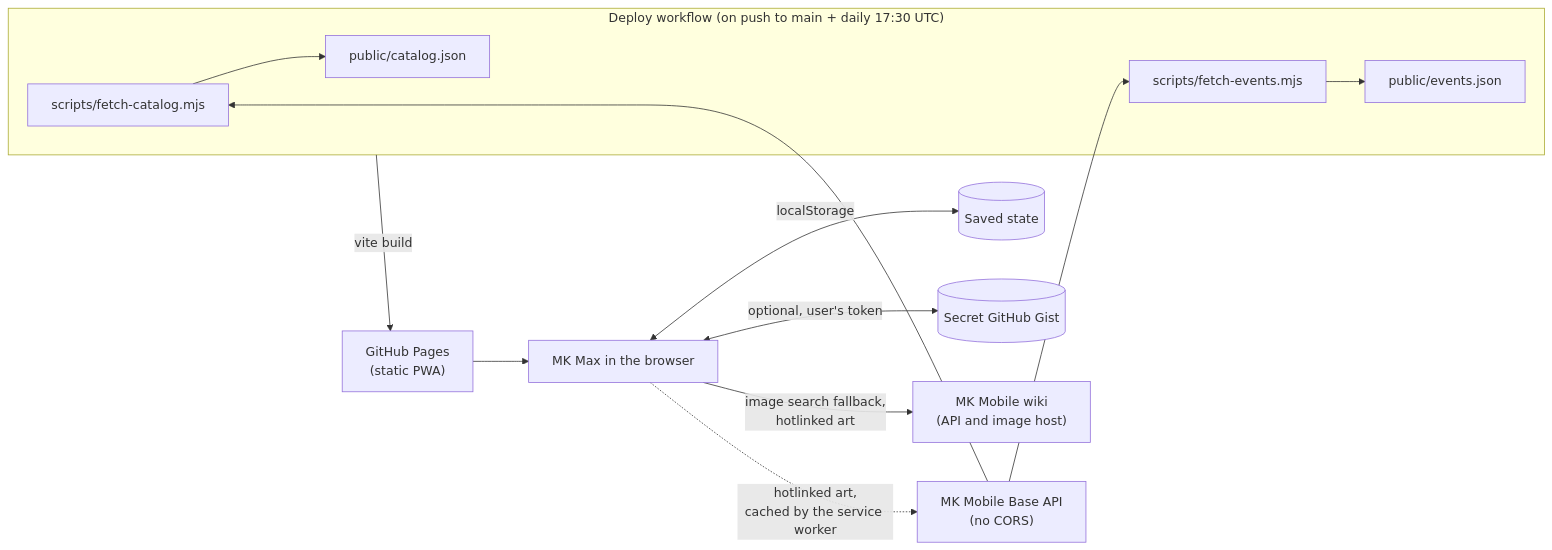
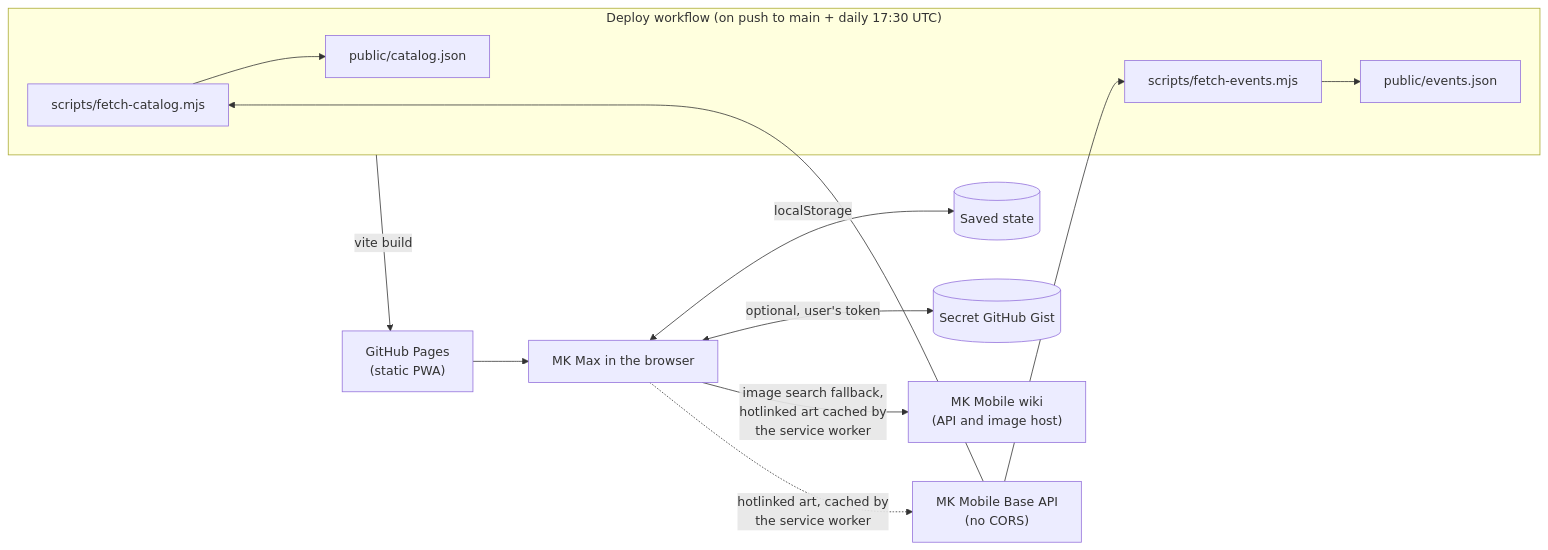
One commit to Simba3696/mkmax changed the first of 3 diagrams in docs/architecture.md. Above: the diagram before and after it, drawn with Mermaid. The commit also changed 2 other files, not shown here.

Commit message:
docs: note wiki art caching and narrow the screenshot rule to runtime dependencies

````diff
--- a/docs/architecture.md
+++ b/docs/architecture.md
@@ -9,14 +9,14 @@
 ```mermaid
 flowchart LR
   subgraph CI["Deploy workflow (on push to main + daily 17:30 UTC)"]
     F1["scripts/fetch-catalog.mjs"] --> C["public/catalog.json"]
     F2["scripts/fetch-events.mjs"] --> E["public/events.json"]
   end
   MKB["MK Mobile Base API<br/>(no CORS)"] --> F1 & F2
   CI -->|"vite build"| GP["GitHub Pages<br/>(static PWA)"]
   GP --> App["MK Max in the browser"]
   App <-->|"localStorage"| LS[("Saved state")]
   App <-->|"optional, user's token"| Gist[("Secret GitHub Gist")]
-  App -->|"image search fallback,<br/>hotlinked art"| Wiki["MK Mobile wiki<br/>(API and image host)"]
-  App -.->|"hotlinked art,<br/>cached by the service worker"| MKB
+  App -->|"image search fallback,<br/>hotlinked art cached by<br/>the service worker"| Wiki["MK Mobile wiki<br/>(API and image host)"]
+  App -.->|"hotlinked art, cached by<br/>the service worker"| MKB
 ```
````
